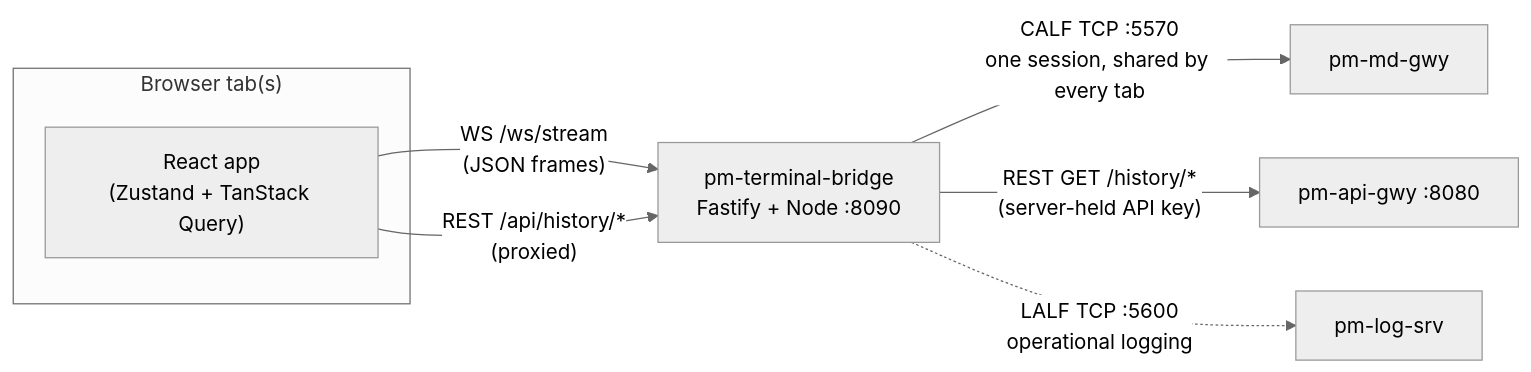
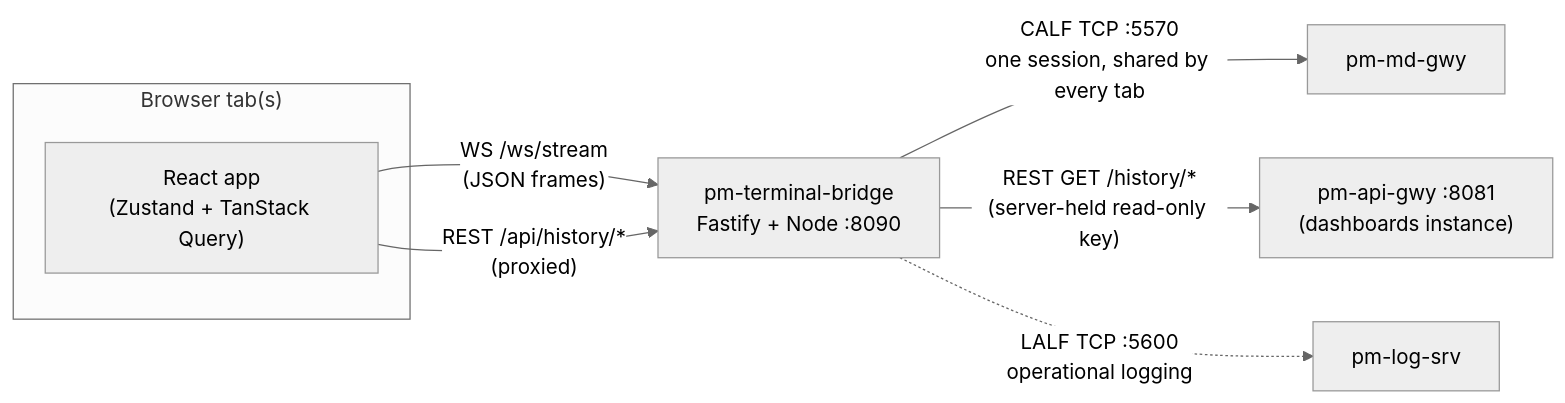
The diagram in docs/user-guide/290-trader-info-terminal.md (johan162/EduMatcher), drawn with Mermaid (neutral theme) before and after one commit. The commit also changed other lines of this file and 22 other files, not shown here.

````diff
--- a/docs/user-guide/290-trader-info-terminal.md
+++ b/docs/user-guide/290-trader-info-terminal.md
@@ -50,11 +50,11 @@
 ```mermaid
 flowchart LR
     subgraph Browser["Browser tab(s)"]
         UI["React app\n(Zustand + TanStack Query)"]
     end
     UI -->|"WS /ws/stream\n(JSON frames)"| BRIDGE["pm-terminal-bridge\nFastify + Node :8090"]
     UI -->|"REST /api/history/*\n(proxied)"| BRIDGE
     BRIDGE -->|"CALF TCP :5570\none session, shared by every tab"| MDGWY["pm-md-gwy"]
-    BRIDGE -->|"REST GET /history/*\n(server-held API key)"| APIGWY["pm-api-gwy :8080"]
+    BRIDGE -->|"REST GET /history/*\n(server-held read-only key)"| APIGWY["pm-api-gwy :8081\n(dashboards instance)"]
     BRIDGE -.->|"LALF TCP :5600\noperational logging"| LOGSRV["pm-log-srv"]
 ```
````
